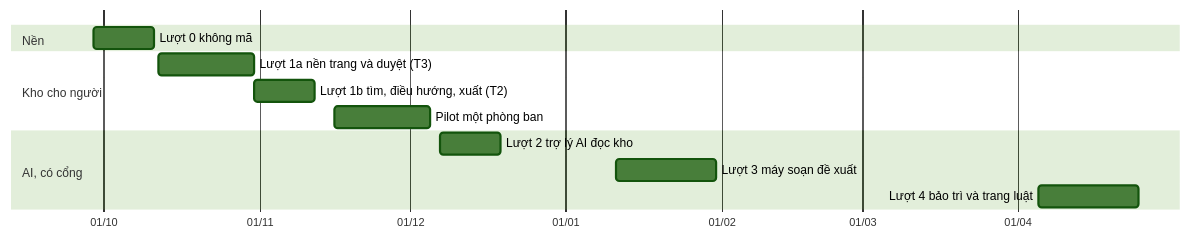
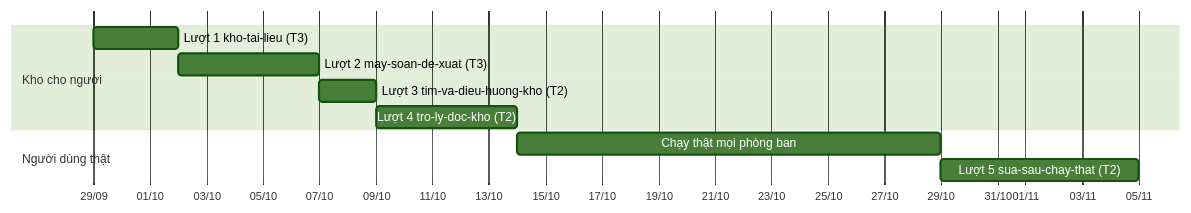
Before and after one commit to phanlemanh/crm-onehub: the diagram in docs/plan/lo-trinh-kho-tai-lieu.md, drawn with Mermaid (forest theme). The commit also changed other lines of this file and 3 other files, not shown here.

First line of the commit message:
docs(plan): sắp lại lộ trình Kho tài liệu theo output — năm lượt, chạy thật mọi phòng ban, một lượt sửa

````diff
--- a/docs/plan/lo-trinh-kho-tai-lieu.md
+++ b/docs/plan/lo-trinh-kho-tai-lieu.md
@@ -29,15 +34,13 @@
 ```mermaid
 gantt
   dateFormat YYYY-MM-DD
   axisFormat %d/%m
-  section Nền
-  Lượt 0 không mã                     :l0, 2026-09-29, 12d
   section Kho cho người
-  Lượt 1a nền trang và duyệt (T3)     :l1a, 2026-10-12, 19d
-  Lượt 1b tìm, điều hướng, xuất (T2)  :l1b, after l1a, 12d
-  Pilot một phòng ban                 :p1, 2026-11-16, 19d
-  section AI, có cổng
-  Lượt 2 trợ lý AI đọc kho            :l2, 2026-12-07, 12d
-  Lượt 3 máy soạn đề xuất             :l3, 2027-01-11, 20d
-  Lượt 4 bảo trì và trang luật        :l4, 2027-04-05, 20d
+  Lượt 1 kho-tai-lieu (T3)            :l1, 2026-09-29, 3d
+  Lượt 2 may-soan-de-xuat (T3)        :l2, 2026-10-02, 5d
+  Lượt 3 tim-va-dieu-huong-kho (T2)   :l3, 2026-10-07, 2d
+  Lượt 4 tro-ly-doc-kho (T2)          :l4, 2026-10-09, 5d
+  section Người dùng thật
+  Chạy thật mọi phòng ban             :ct, 2026-10-14, 15d
+  Lượt 5 sua-sau-chay-that (T2)       :l5, 2026-10-29, 7d
 ```
````
